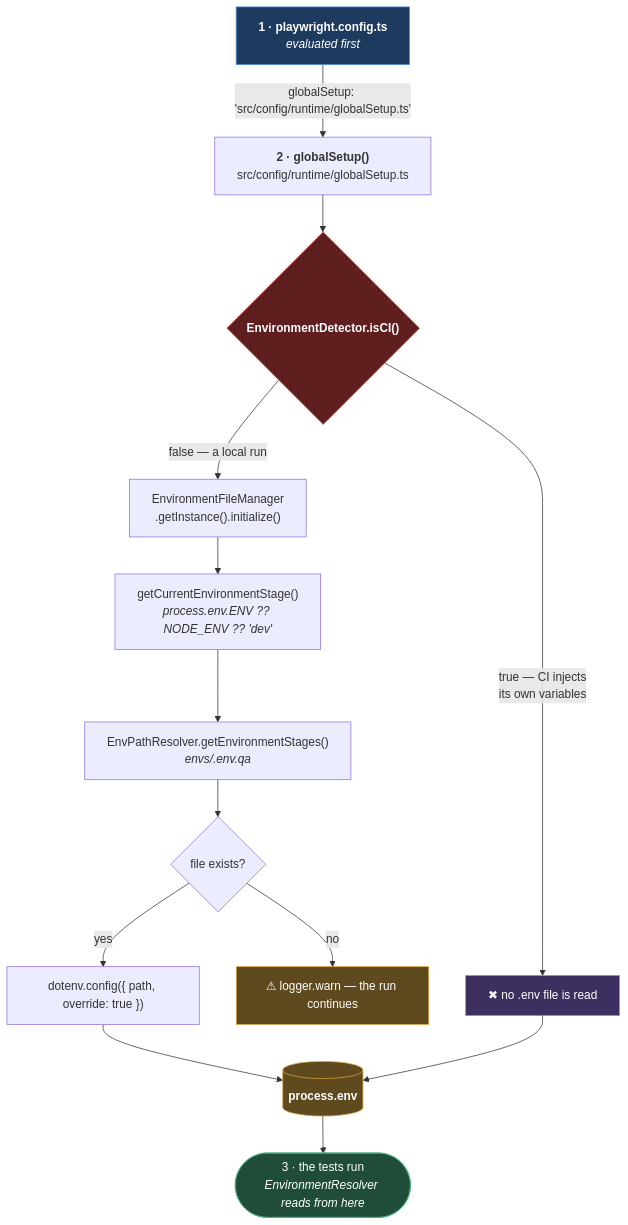
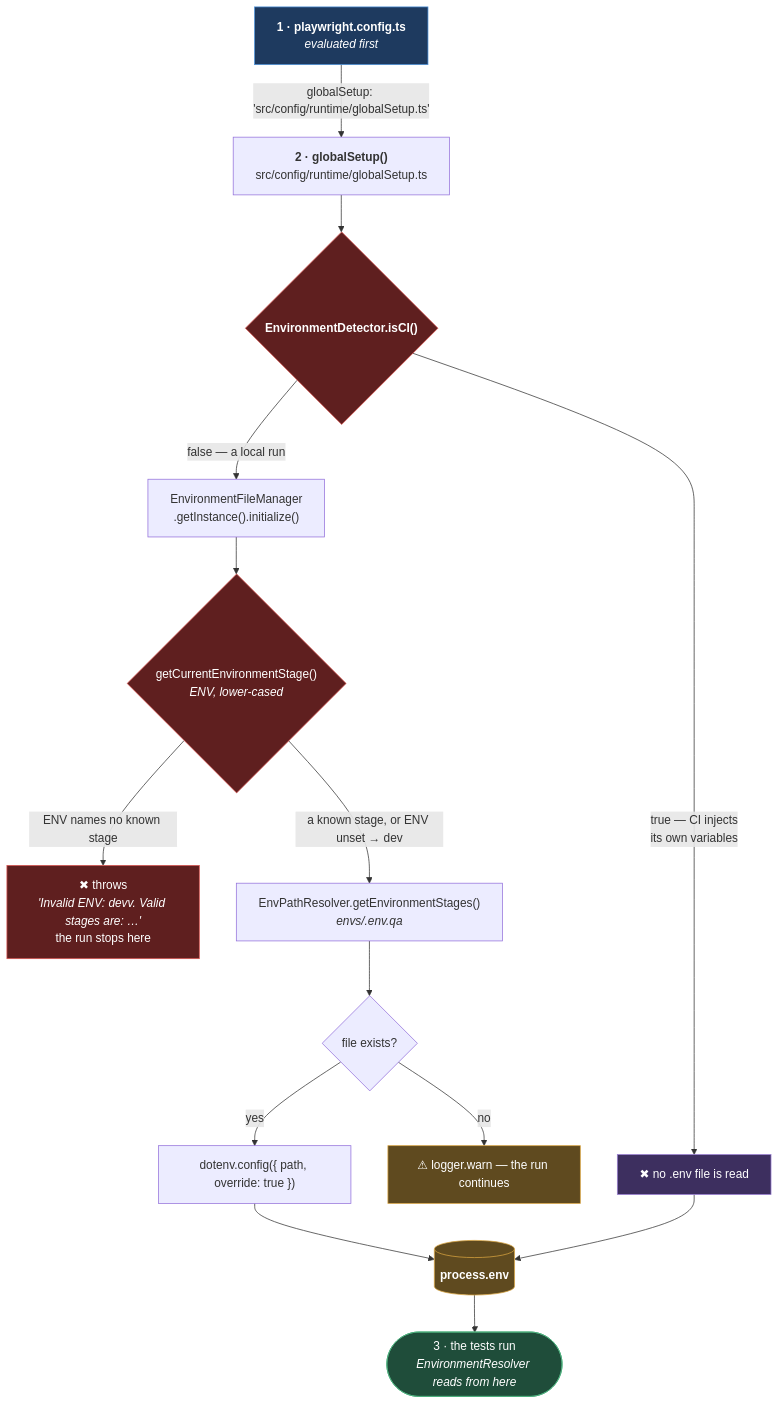
The diagram in docs/03-core/environment/LOADING.md (sinugotshifhiwa4/playwright-ts-automation-framework-codebase), drawn with Mermaid before and after one commit. The commit also changed 13 other files, not shown here.

First line of the commit message:
docs(core): add the execution reference and an architecture page

````diff
--- a/docs/03-core/environment/LOADING.md
+++ b/docs/03-core/environment/LOADING.md
@@ -78,27 +78,32 @@
 ```mermaid
 flowchart TD
     PWC["<b>1 · playwright.config.ts</b><br/><i>evaluated first</i>"] -->|"globalSetup: 'src/config/runtime/globalSetup.ts'"| GS
 
     GS["<b>2 · globalSetup()</b><br/>src/config/runtime/globalSetup.ts"] --> CI{"<b>EnvironmentDetector.isCI()</b>"}
 
     CI -->|"true — CI injects<br/>its own variables"| SKIP["✖ no .env file is read"]
     CI -->|"false — a local run"| INIT["EnvironmentFileManager<br/>.getInstance().initialize()"]
 
-    INIT --> STAGE["getCurrentEnvironmentStage()<br/><i>process.env.ENV ?? NODE_ENV ?? 'dev'</i>"]
-    STAGE --> PATH["EnvPathResolver.getEnvironmentStages()<br/><i>envs/.env.qa</i>"]
+    INIT --> STAGE{"getCurrentEnvironmentStage()<br/><i>ENV, lower-cased</i>"}
+
+    STAGE -->|"ENV names no known stage"| THROW["✖ throws<br/><i>'Invalid ENV: devv. Valid stages are: …'</i><br/>the run stops here"]
+    STAGE -->|"a known stage, or ENV unset → dev"| PATH["EnvPathResolver.getEnvironmentStages()<br/><i>envs/.env.qa</i>"]
+
     PATH --> EXISTS{"file exists?"}
 
     EXISTS -->|"no"| WARN["⚠ logger.warn — the run continues"]
     EXISTS -->|"yes"| DOTENV["dotenv.config({ path, override: true })"]
     DOTENV --> ENV[("<b>process.env</b>")]
 
     SKIP --> ENV
     ENV --> TESTS(["3 · the tests run<br/><i>EnvironmentResolver reads from here</i>"])
 
     style PWC fill:#1e3a5f,stroke:#4a90d9,color:#fff
     style ENV fill:#5f4a1f,stroke:#d9a441,color:#fff
     style TESTS fill:#1f4d3a,stroke:#4caf7d,color:#fff
     style CI fill:#5f1f1f,stroke:#d9534f,color:#fff
+    style STAGE fill:#5f1f1f,stroke:#d9534f,color:#fff
+    style THROW fill:#5f1f1f,stroke:#d9534f,color:#fff
     style SKIP fill:#3d2f5f,stroke:#9b7fd4,color:#fff
     style WARN fill:#5f4a1f,stroke:#d9a441,color:#fff
 ```
````
